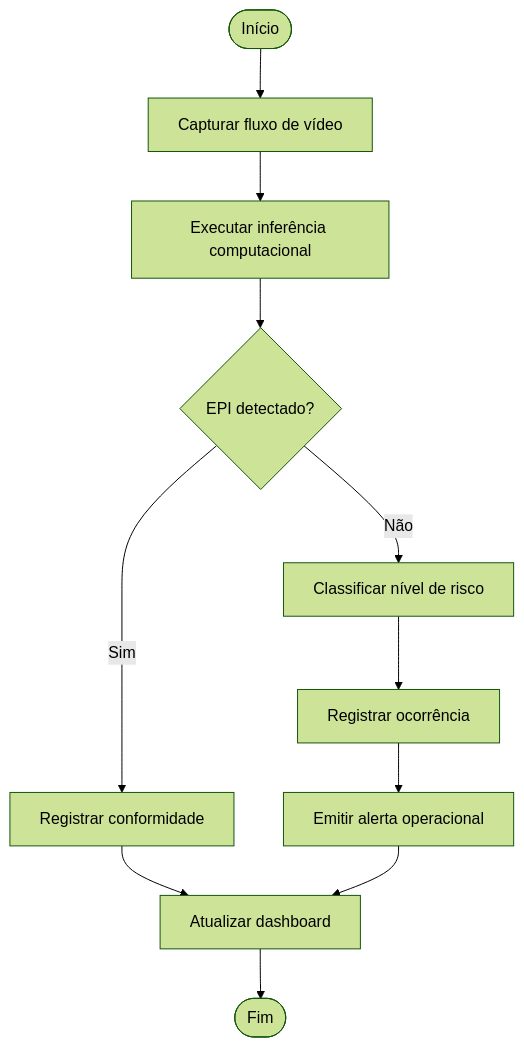
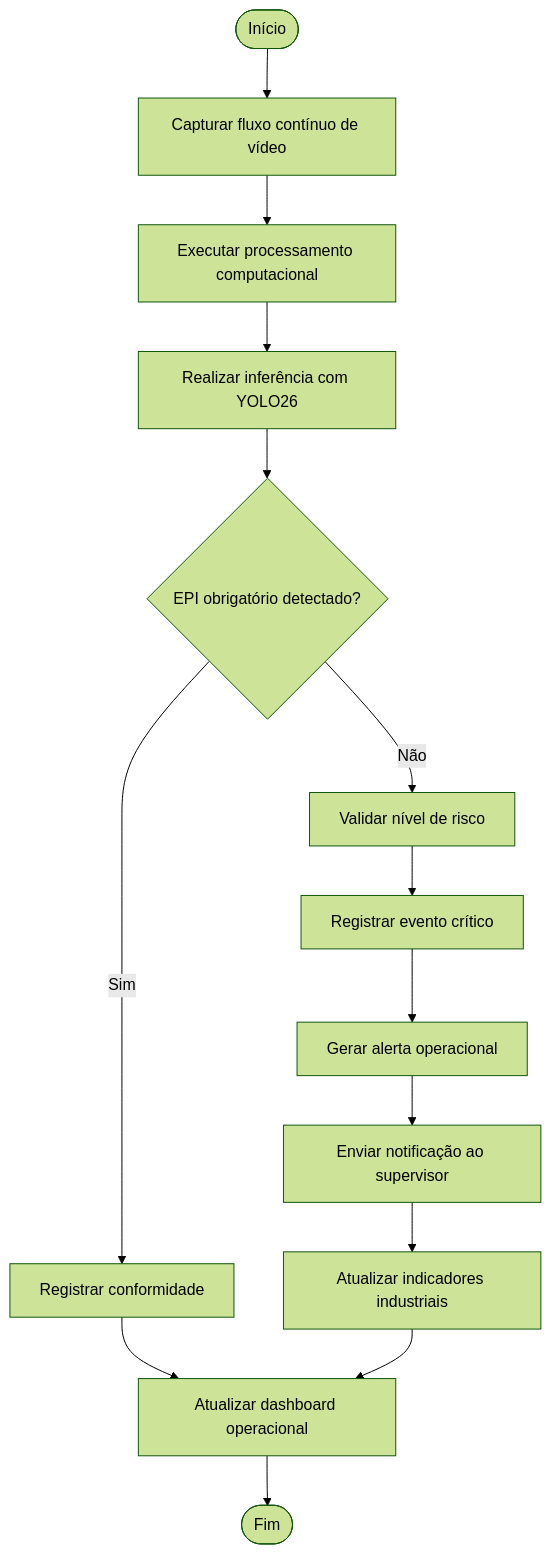
Before and after one commit to An4lu/SPRINT_EngenhariadeSoftware: the diagram in docs/diagramas/atividades.md, drawn with Mermaid (forest theme). The commit also changed 2 other files, not shown here.

Commit message:
fix(): melhorias diagramas

````diff
--- a/docs/diagramas/atividades.md
+++ b/docs/diagramas/atividades.md
@@ -3,29 +3,37 @@
 ```mermaid
 flowchart TD
 
 A([Início])
-B[Capturar fluxo de vídeo]
-C[Executar inferência computacional]
-D{EPI detectado?}
 
-E[Registrar conformidade]
-F[Atualizar dashboard]
-G([Fim])
+B[Capturar fluxo contínuo de vídeo]
+C[Executar processamento computacional]
+D[Realizar inferência com YOLO26]
+E{EPI obrigatório detectado?}
 
-H[Classificar nível de risco]
-I[Registrar ocorrência]
-J[Emitir alerta operacional]
+F[Registrar conformidade]
+G[Atualizar dashboard operacional]
+
+H[Validar nível de risco]
+I[Registrar evento crítico]
+J[Gerar alerta operacional]
+K[Enviar notificação ao supervisor]
+L[Atualizar indicadores industriais]
+
+M([Fim])
 
 A --> B
 B --> C
 C --> D
+D --> E
 
-D -- Sim --> E
-E --> F
+E -- Sim --> F
 F --> G
+G --> M
 
-D -- Não --> H
+E -- Não --> H
 H --> I
 I --> J
-J --> F
+J --> K
+K --> L
+L --> G
 ```
````
